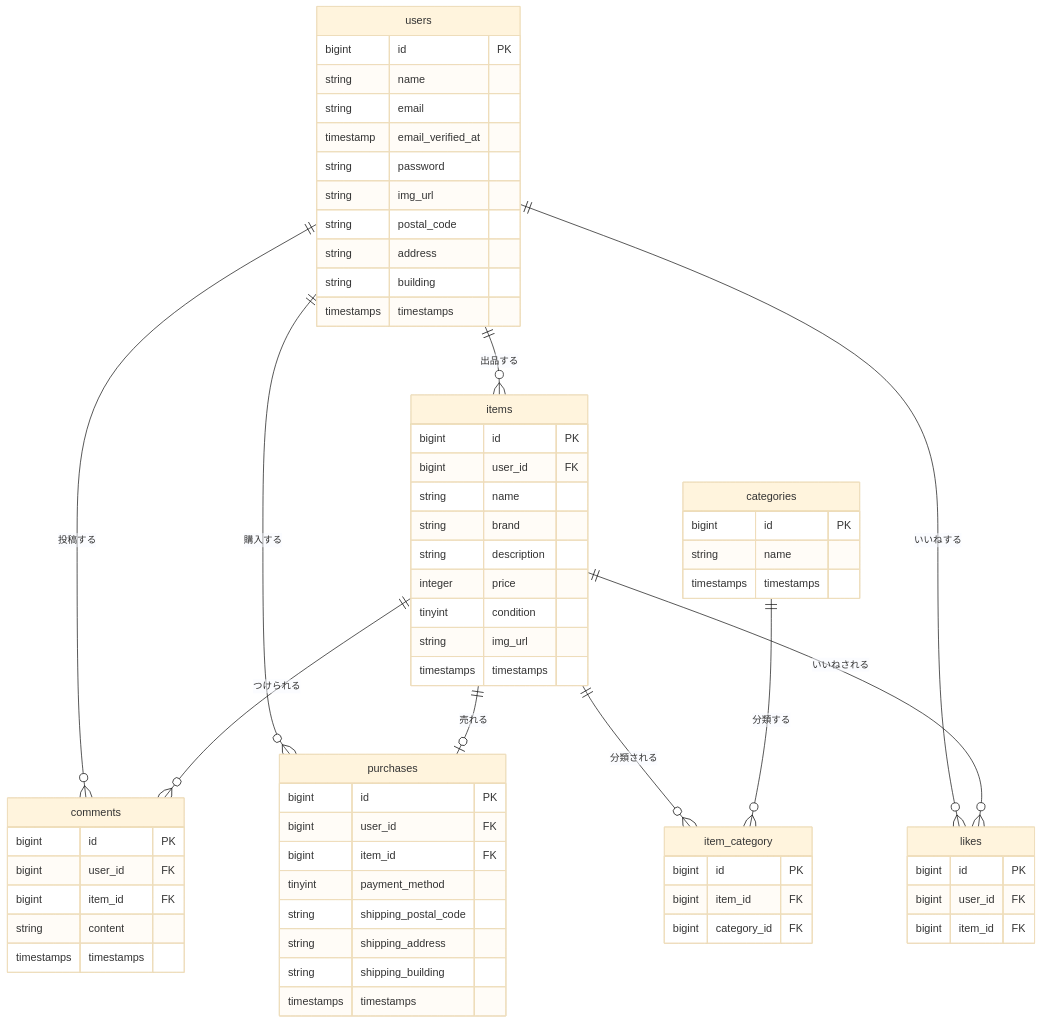
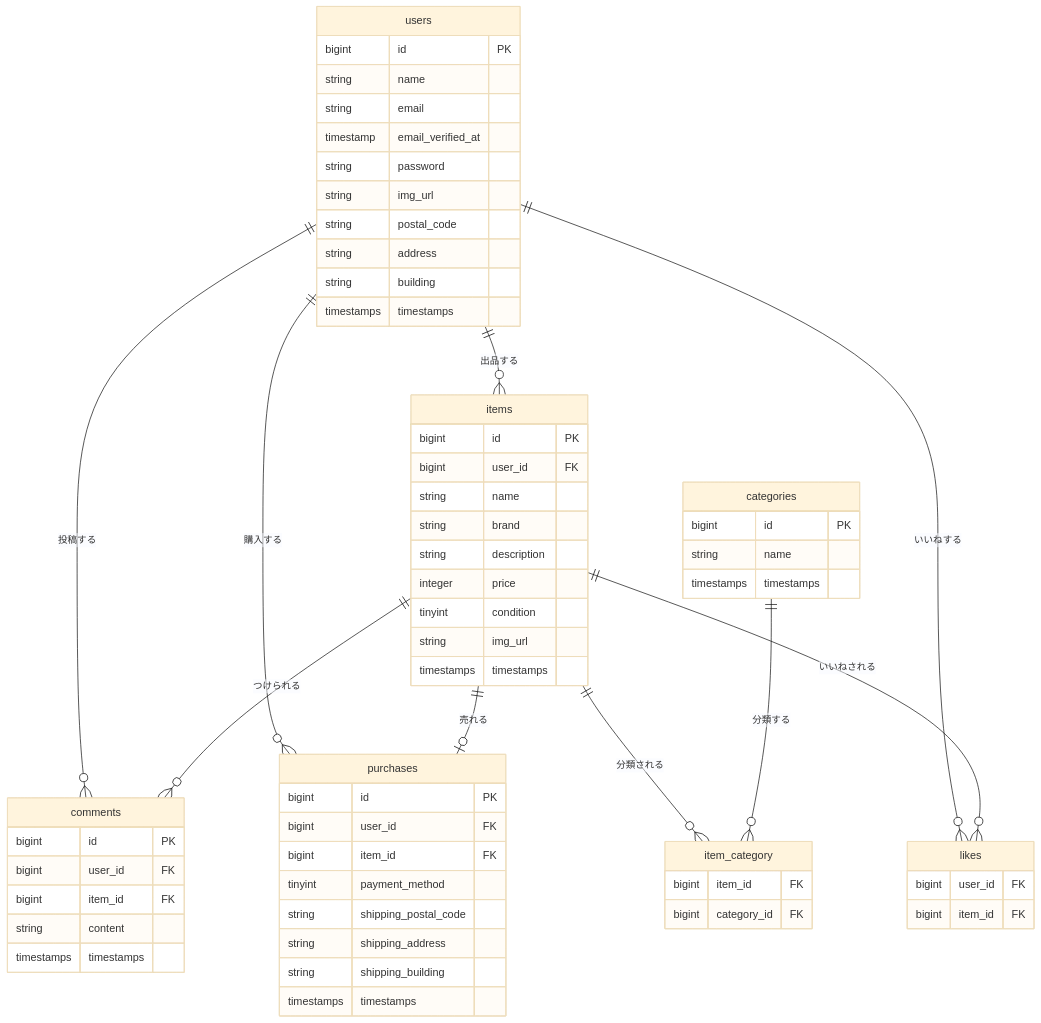
The diagram in README.md (kayame0120-code/flea-market-app), drawn with Mermaid (base theme) before and after one commit. The commit also changed other lines of this file and 117 other files, not shown here.

````diff
--- a/README.md
+++ b/README.md
@@ -45,68 +45,66 @@
 ```mermaid
 erDiagram
     users ||--o{ items : "出品する"
     users ||--o{ comments : "投稿する"
     users ||--o{ purchases : "購入する"
     users ||--o{ likes : "いいねする"
     items ||--o{ comments : "つけられる"
     items ||--o| purchases : "売れる"
     items ||--o{ item_category : "分類される"
     categories ||--o{ item_category : "分類する"
     items ||--o{ likes : "いいねされる"
 
     users {
         bigint id PK
         string name
         string email
         timestamp email_verified_at
         string password
         string img_url
         string postal_code
         string address
         string building
         timestamps timestamps
     }
     items {
         bigint id PK
         bigint user_id FK
         string name
         string brand
         string description
         integer price
         tinyint condition
         string img_url
         timestamps timestamps
     }
     categories {
         bigint id PK
         string name
         timestamps timestamps
     }
     item_category {
-        bigint id PK
         bigint item_id FK
         bigint category_id FK
     }
     likes {
-        bigint id PK
         bigint user_id FK
         bigint item_id FK
     }
     comments {
         bigint id PK
         bigint user_id FK
         bigint item_id FK
         string content
         timestamps timestamps
     }
     purchases {
         bigint id PK
         bigint user_id FK
         bigint item_id FK
         tinyint payment_method
         string shipping_postal_code
         string shipping_address
         string shipping_building
         timestamps timestamps
     }
 ```
````
